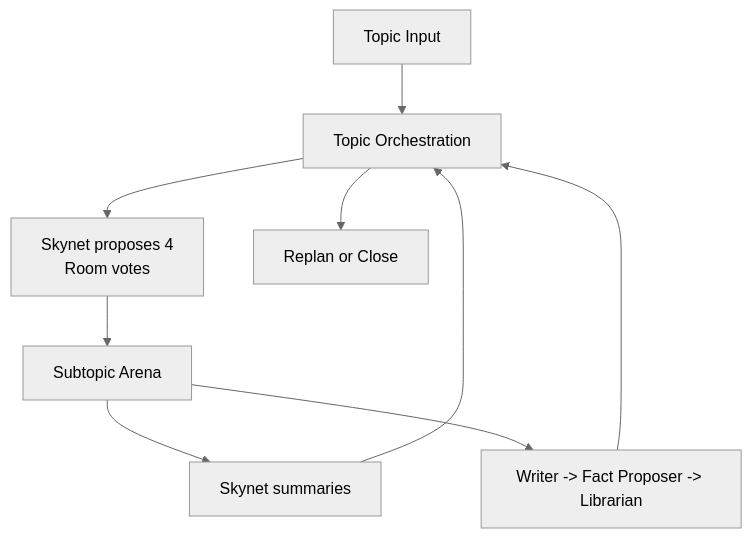
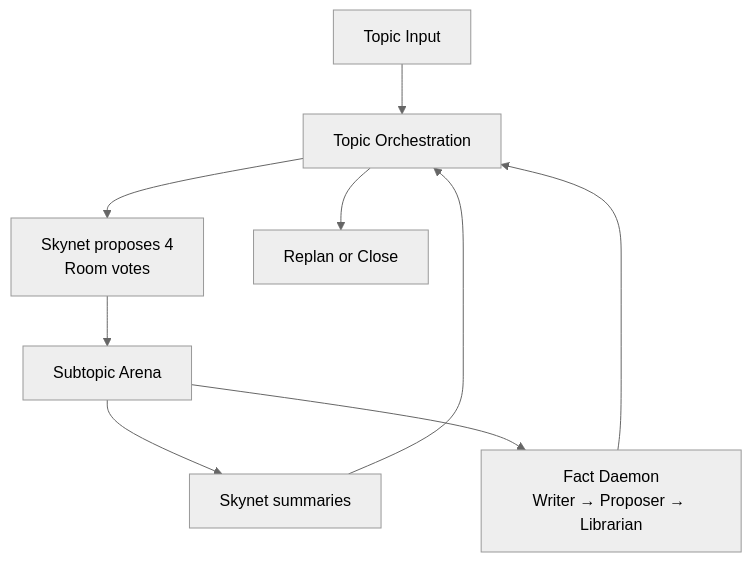
Before and after one commit to G-R-O-X/Grox_chat: the first of 2 diagrams in README.md, drawn with Mermaid (neutral theme). The commit also changed other lines of this file and 2 other files, not shown here.

First line of the commit message:
docs: update README, README_CN, and DESIGN for parallel execution, fact daemon, and citation protocol

````diff
--- a/README.md
+++ b/README.md
@@ -39,11 +42,11 @@
 ```mermaid
 flowchart TD
     User[Topic Input] --> TopicGraph[Topic Orchestration]
     TopicGraph --> Vote[Skynet proposes 4<br/>Room votes]
     Vote --> Arena[Subtopic Arena]
     Arena --> Summary[Skynet summaries]
-    Arena --> Facts[Writer -> Fact Proposer -> Librarian]
+    Arena --> Daemon[Fact Daemon<br/>Writer → Proposer → Librarian]
     Summary --> TopicGraph
-    Facts --> TopicGraph
+    Daemon --> TopicGraph
     TopicGraph --> Close[Replan or Close]
 ```
````
